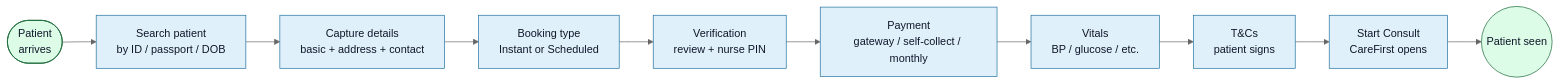
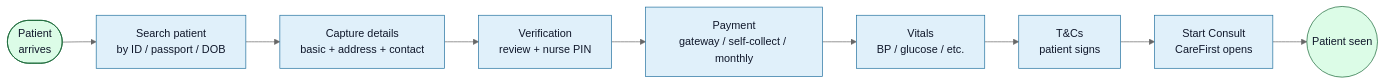
The first of 2 diagrams in booking-app/content/reports/operator-onboarding.mdx (LuckyDaWizard/3rd-Party-Booking-System), drawn with Mermaid (neutral theme) before and after one commit. The commit also changed other lines of this file and 20 other files, not shown here.

````diff
--- a/booking-app/content/reports/operator-onboarding.mdx
+++ b/booking-app/content/reports/operator-onboarding.mdx
@@ -88,17 +88,16 @@
 ```mermaid
 flowchart LR
     A([Patient<br/>arrives]) --> B[Search patient<br/>by ID / passport / DOB]
     B --> C[Capture details<br/>basic + address + contact]
-    C --> D[Booking type<br/>Instant or Scheduled]
-    D --> E[Verification<br/>review + nurse PIN]
+    C --> E[Verification<br/>review + nurse PIN]
     E --> F[Payment<br/>gateway / self-collect / monthly]
     F --> G[Vitals<br/>BP / glucose / etc.]
     G --> H[T&Cs<br/>patient signs]
     H --> I[Start Consult<br/>CareFirst opens]
     I --> J((Patient seen))
 
     classDef brand fill:#e0f0fa,stroke:#1f6f9d,color:#0f172a;
     classDef ok    fill:#dcfce7,stroke:#166534,color:#0f172a;
-    class B,C,D,E,F,G,H,I brand;
+    class B,C,E,F,G,H,I brand;
     class A,J ok;
 ```
````
